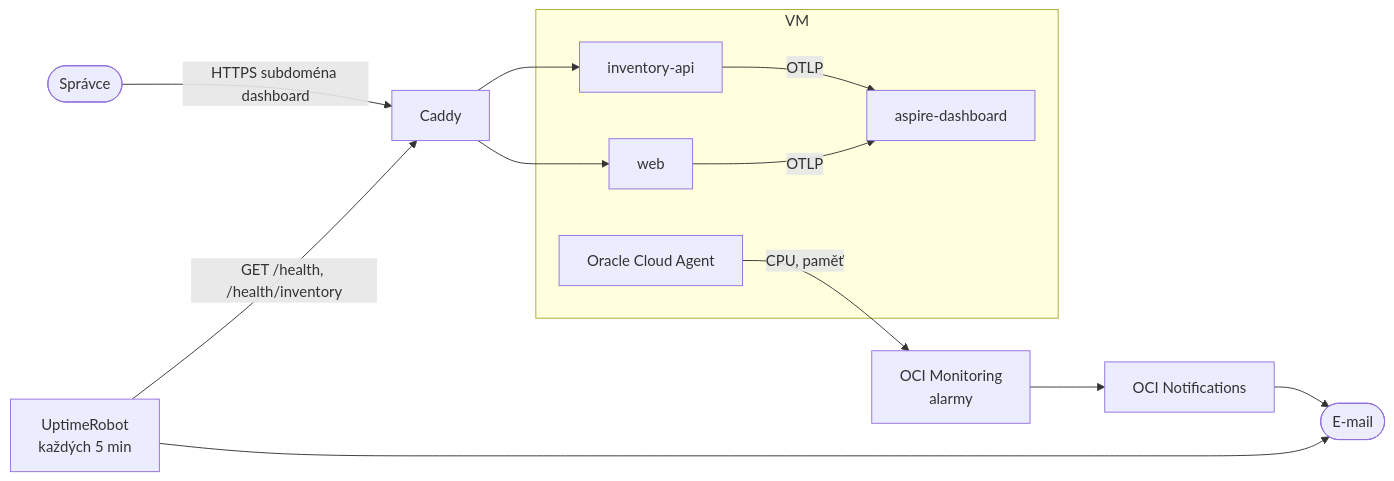
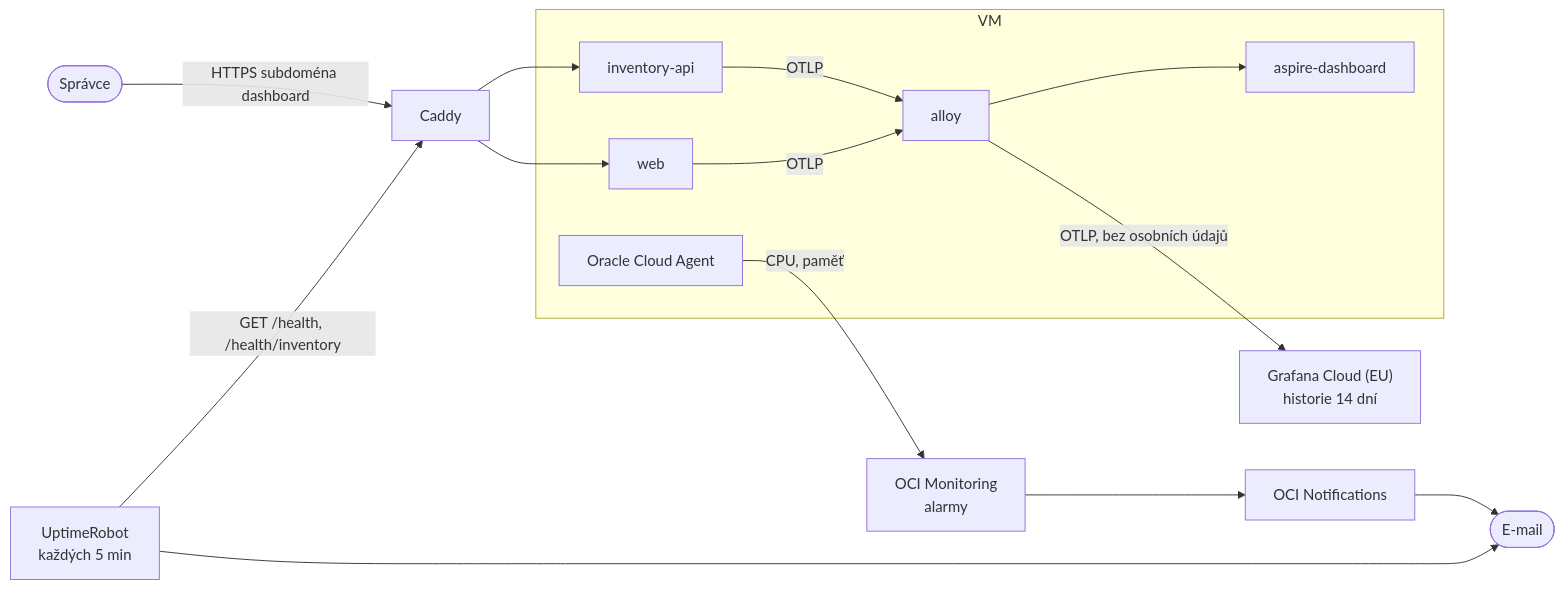
Before and after one commit to ftichy/MiniShop: the diagram in docs/prirucka/nasazeni/monitoring.md, drawn with Mermaid. The commit also changed other lines of this file and 14 other files, not shown here.

First line of the commit message:
OBSERVABILITA G1: Grafana Alloy a export telemetrie do Grafana Cloud

````diff
--- a/docs/prirucka/nasazeni/monitoring.md
+++ b/docs/prirucka/nasazeni/monitoring.md
@@ -12,18 +13,20 @@
 ```mermaid
 flowchart LR
     subgraph vm["VM"]
-        web["web"] -->|OTLP| dash["aspire-dashboard"]
-        inv["inventory-api"] -->|OTLP| dash
+        web["web"] -->|OTLP| alloy["alloy"]
+        inv["inventory-api"] -->|OTLP| alloy
+        alloy --> dash["aspire-dashboard"]
         agent["Oracle Cloud Agent"]
     end
+    alloy -->|"OTLP, bez osobních údajů"| grafana["Grafana Cloud (EU)<br/>historie 14 dní"]
     caddy["Caddy"] --> web
     caddy --> inv
     ur["UptimeRobot<br/>každých 5 min"] -->|"GET /health, /health/inventory"| caddy
     agent -->|"CPU, paměť"| ocimon["OCI Monitoring<br/>alarmy"]
     ocimon --> ons["OCI Notifications"]
     ur --> mail(["E-mail"])
     ons --> mail
     you(["Správce"]) -->|"HTTPS subdoména dashboard"| caddy
 
     click dash "/Docs/eda/observabilita"
 ```
````
